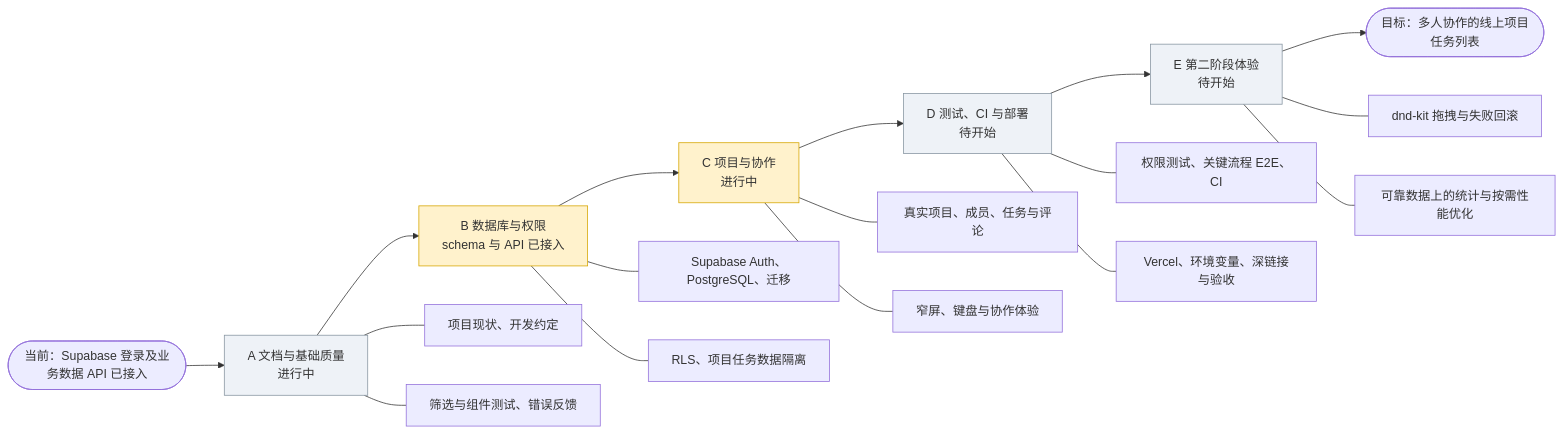
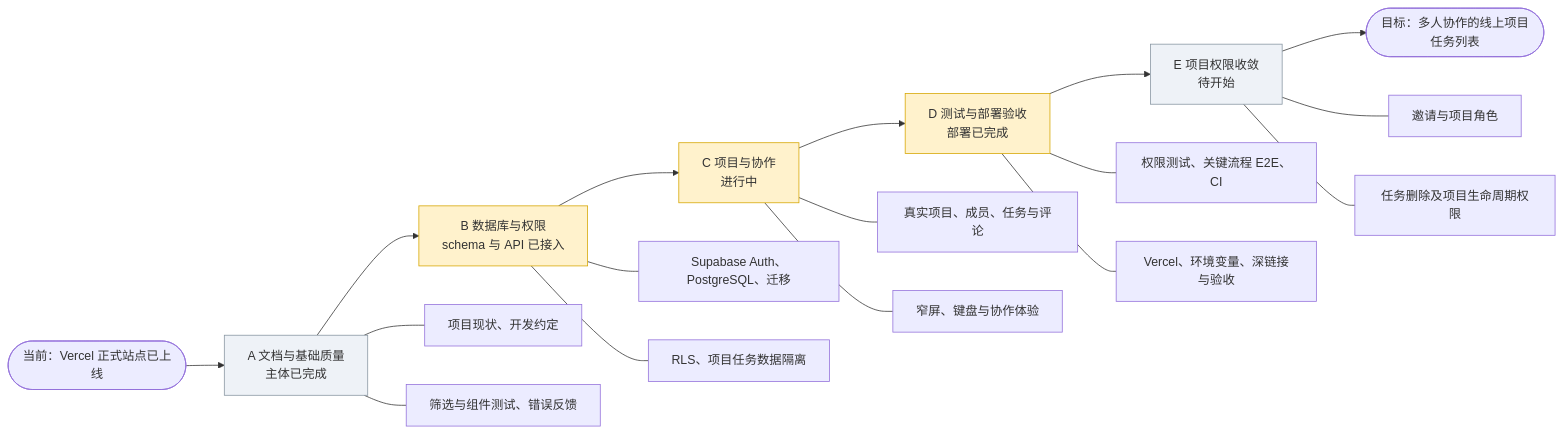
One commit to fartmonarch/tasks-board changed the diagram in docs/阶段进度速查.md. Above: the diagram before and after it, drawn with Mermaid. The commit also changed other lines of this file and 7 other files, not shown here.

````diff
--- a/docs/阶段进度速查.md
+++ b/docs/阶段进度速查.md
@@ -16,25 +17,25 @@
 ```mermaid
 flowchart LR
-  S([当前：Supabase 登录及业务数据 API 已接入]) --> A["A 文档与基础质量<br/>进行中"]
+  S([当前：Vercel 正式站点已上线]) --> A["A 文档与基础质量<br/>主体已完成"]
   A --> B["B 数据库与权限<br/>schema 与 API 已接入"]
   B --> C["C 项目与协作<br/>进行中"]
-  C --> D["D 测试、CI 与部署<br/>待开始"]
-  D --> E["E 第二阶段体验<br/>待开始"]
+  C --> D["D 测试与部署验收<br/>部署已完成"]
+  D --> E["E 项目权限收敛<br/>待开始"]
   E --> G([目标：多人协作的线上项目任务列表])
 
   A --- A1[项目现状、开发约定]
   A --- A2[筛选与组件测试、错误反馈]
   B --- B1[Supabase Auth、PostgreSQL、迁移]
   B --- B2[RLS、项目任务数据隔离]
   C --- C1[真实项目、成员、任务与评论]
   C --- C2[窄屏、键盘与协作体验]
   D --- D1[权限测试、关键流程 E2E、CI]
   D --- D2[Vercel、环境变量、深链接与验收]
-  E --- E1[dnd-kit 拖拽与失败回滚]
-  E --- E2[可靠数据上的统计与按需性能优化]
+  E --- E1[邀请与项目角色]
+  E --- E2[任务删除及项目生命周期权限]
 
   classDef active fill:#fff2cc,stroke:#d6a600,color:#333
   classDef planned fill:#eef2f7,stroke:#8795a1,color:#333
-  class B,C active
-  class A,D,E planned
+  class B,C,D active
+  class A,E planned
 ```
````
